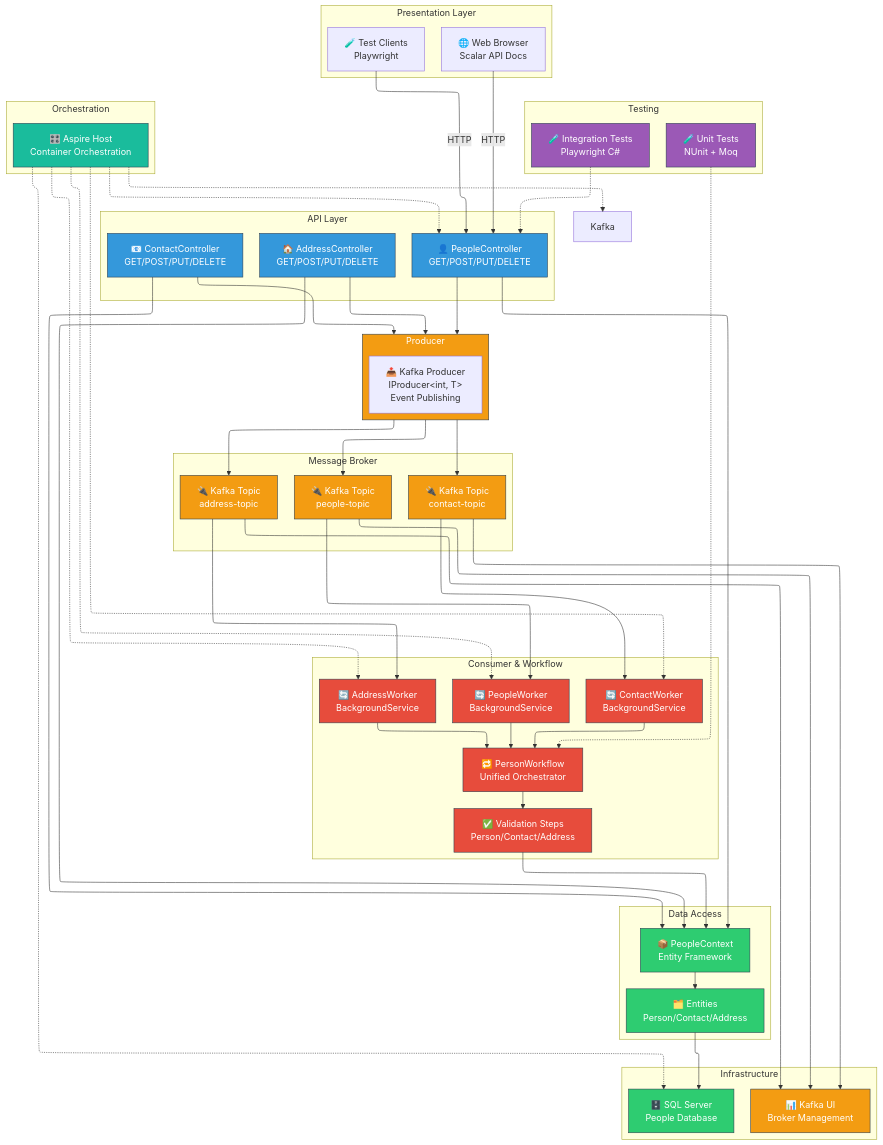
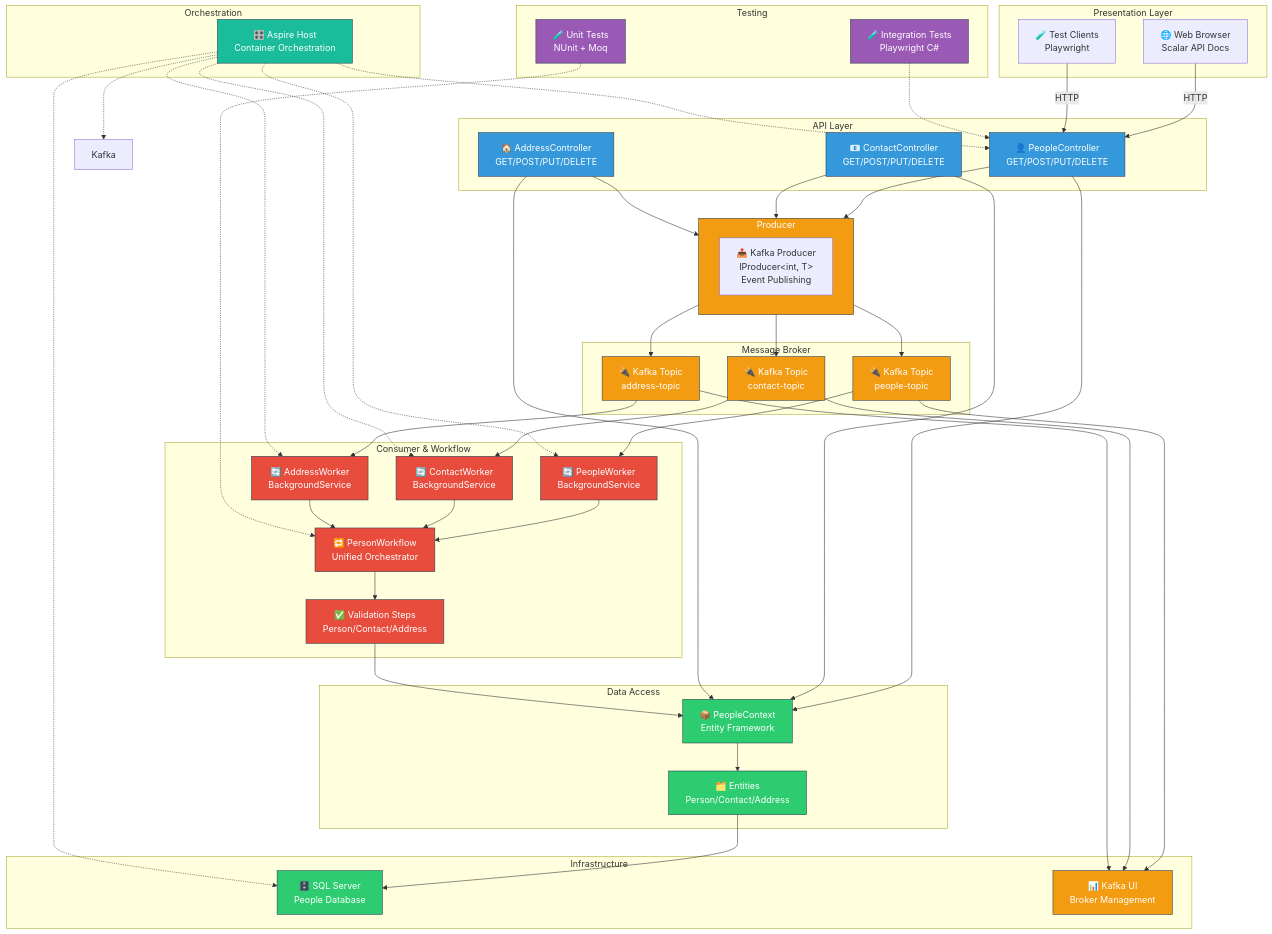
One commit to WholeBit-Solutions/distributed-workflow changed the first of 15 diagrams in ARCHITECTURE_DIAGRAMS.md. Above: the diagram before and after it, drawn with Mermaid. The commit also changed other lines of this file, not shown here.

````diff
--- a/ARCHITECTURE_DIAGRAMS.md
+++ b/ARCHITECTURE_DIAGRAMS.md
@@ -5,5 +5,6 @@
 ```mermaid
-flowchart-elk TB
+%%{init: {'flowchart': {'curve': 'basis'}}}%%
+graph TB
     subgraph "Presentation Layer"
         WebUI["🌐 Web Browser<br/>Scalar API Docs"]
         TestClient["🧪 Test Clients<br/>Playwright"]
````
